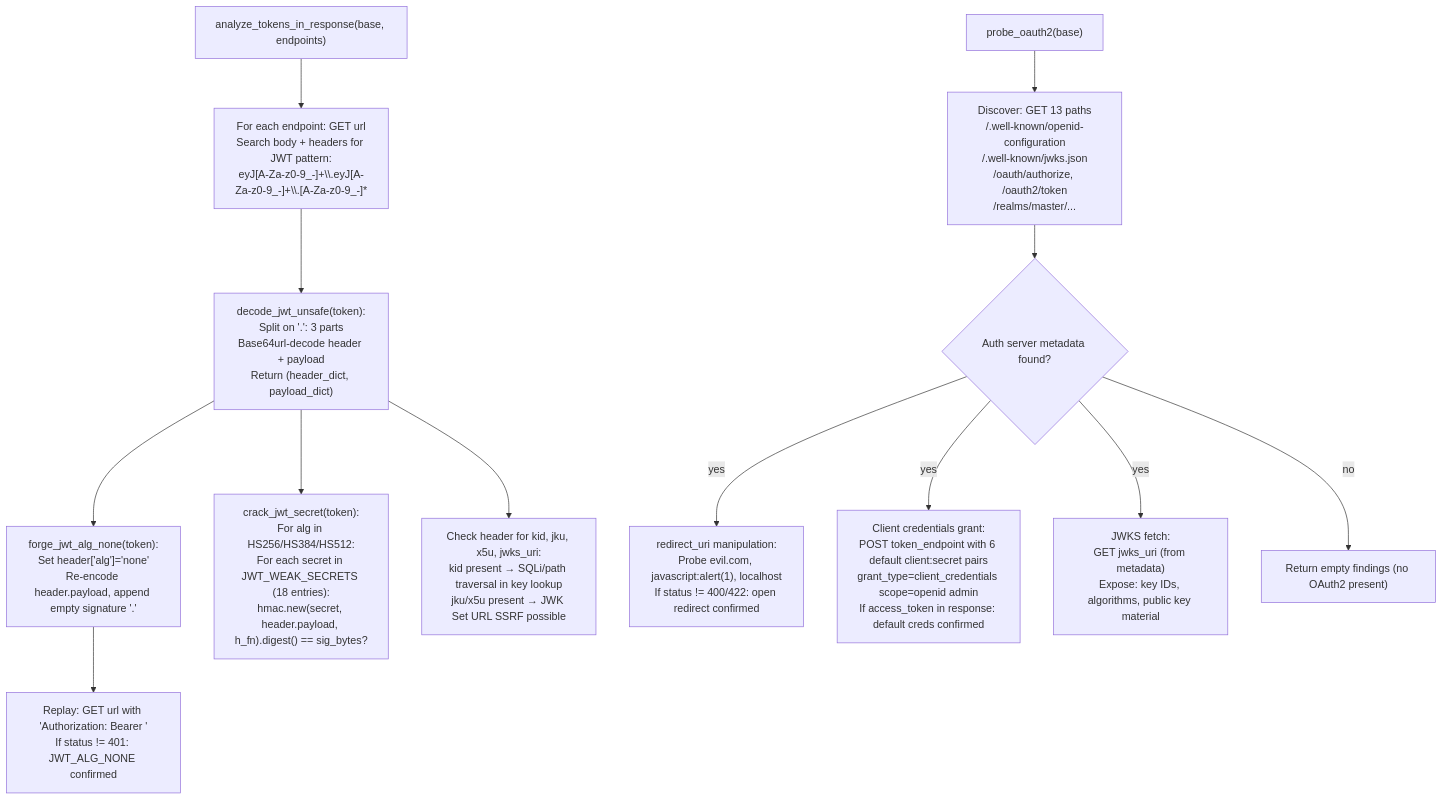
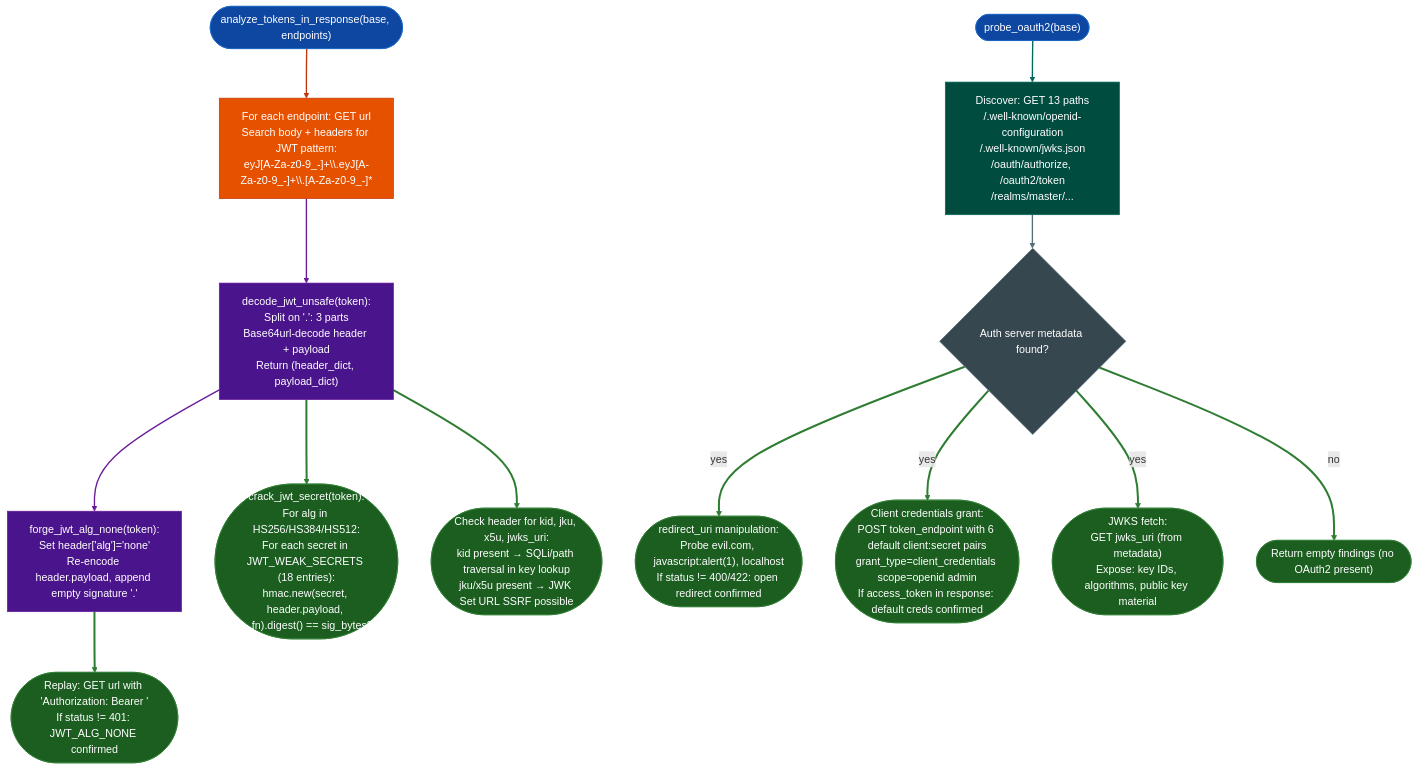
Before and after one commit to Ablation-Tool/ablation: the diagram in docs/reference-modules/api-authentication-and-token-checks.md, drawn with Mermaid. The commit also changed 320 other files, not shown here.

First line of the commit message:
docs: apply canonical Mermaid template to all 321 diagrams

````diff
--- a/docs/reference-modules/api-authentication-and-token-checks.md
+++ b/docs/reference-modules/api-authentication-and-token-checks.md
@@ -19,15 +19,33 @@
 ```mermaid
 flowchart TD
-    A["analyze_tokens_in_response(base, endpoints)"] --> B["For each endpoint: GET url\nSearch body + headers for JWT pattern:\neyJ[A-Za-z0-9_-]+\\.eyJ[A-Za-z0-9_-]+\\.[A-Za-z0-9_-]*"]
-    B --> C["decode_jwt_unsafe(token):\nSplit on '.': 3 parts\nBase64url-decode header + payload\nReturn (header_dict, payload_dict)"]
-    C --> D["forge_jwt_alg_none(token):\nSet header['alg']='none'\nRe-encode header.payload, append empty signature '.'"]
-    D --> E["Replay: GET url with 'Authorization: Bearer <forged>'\nIf status != 401: JWT_ALG_NONE confirmed"]
-    C --> F["crack_jwt_secret(token):\nFor alg in HS256/HS384/HS512:\nFor each secret in JWT_WEAK_SECRETS (18 entries):\nhmac.new(secret, header.payload, h_fn).digest() == sig_bytes?"]
-    C --> G["Check header for kid, jku, x5u, jwks_uri:\nkid present → SQLi/path traversal in key lookup\njku/x5u present → JWK Set URL SSRF possible"]
-    H["probe_oauth2(base)"] --> I["Discover: GET 13 paths\n/.well-known/openid-configuration\n/.well-known/jwks.json\n/oauth/authorize, /oauth2/token\n/realms/master/..."]
-    I --> J{Auth server metadata found?}
-    J -->|yes| K["redirect_uri manipulation:\nProbe evil.com, javascript:alert(1), localhost\nIf status != 400/422: open redirect confirmed"]
-    J -->|yes| L["Client credentials grant:\nPOST token_endpoint with 6 default client:secret pairs\ngrant_type=client_credentials scope=openid admin\nIf access_token in response: default creds confirmed"]
-    J -->|yes| M["JWKS fetch:\nGET jwks_uri (from metadata)\nExpose: key IDs, algorithms, public key material"]
-    J -->|no| N["Return empty findings (no OAuth2 present)"]
+    A(["analyze_tokens_in_response(base, endpoints)"]):::input --> B["For each endpoint: GET url\nSearch body + headers for JWT pattern:\neyJ[A-Za-z0-9_-]+\\.eyJ[A-Za-z0-9_-]+\\.[A-Za-z0-9_-]*"]:::primary
+    B:::primary --> C["decode_jwt_unsafe(token):\nSplit on '.': 3 parts\nBase64url-decode header + payload\nReturn (header_dict, payload_dict)"]:::tertiary
+    C:::tertiary --> D["forge_jwt_alg_none(token):\nSet header['alg']='none'\nRe-encode header.payload, append empty signature '.'"]:::tertiary
+    D:::tertiary --> E(["Replay: GET url with 'Authorization: Bearer <forged>'\nIf status != 401: JWT_ALG_NONE confirmed"]):::output
+    C:::tertiary --> F(["crack_jwt_secret(token):\nFor alg in HS256/HS384/HS512:\nFor each secret in JWT_WEAK_SECRETS (18 entries):\nhmac.new(secret, header.payload, h_fn).digest() == sig_bytes?"]):::output
+    C:::tertiary --> G(["Check header for kid, jku, x5u, jwks_uri:\nkid present → SQLi/path traversal in key lookup\njku/x5u present → JWK Set URL SSRF possible"]):::output
+    H(["probe_oauth2(base)"]):::input --> I["Discover: GET 13 paths\n/.well-known/openid-configuration\n/.well-known/jwks.json\n/oauth/authorize, /oauth2/token\n/realms/master/..."]:::secondary
+    I:::secondary --> J{"Auth server metadata found?"}:::neutral
+    J:::neutral -->|yes| K(["redirect_uri manipulation:\nProbe evil.com, javascript:alert(1), localhost\nIf status != 400/422: open redirect confirmed"]):::output
+    J:::neutral -->|yes| L(["Client credentials grant:\nPOST token_endpoint with 6 default client:secret pairs\ngrant_type=client_credentials scope=openid admin\nIf access_token in response: default creds confirmed"]):::output
+    J:::neutral -->|yes| M(["JWKS fetch:\nGET jwks_uri (from metadata)\nExpose: key IDs, algorithms, public key material"]):::output
+    J:::neutral -->|no| N(["Return empty findings (no OAuth2 present)"]):::output
+    classDef input     fill:#0d47a1,stroke:#1565c0,color:#fff
+    classDef primary   fill:#e65100,stroke:#bf360c,color:#fff
+    classDef secondary fill:#004d40,stroke:#00695c,color:#fff
+    classDef tertiary  fill:#4a148c,stroke:#6a1b9a,color:#fff
+    classDef neutral   fill:#37474f,stroke:#546e7a,color:#fff
+    classDef output    fill:#1b5e20,stroke:#2e7d32,color:#fff
+    linkStyle 0 stroke:#bf360c,stroke-width:2px
+    linkStyle 1 stroke:#6a1b9a,stroke-width:2px
+    linkStyle 2 stroke:#6a1b9a,stroke-width:2px
+    linkStyle 3 stroke:#2e7d32,stroke-width:3px
+    linkStyle 4 stroke:#2e7d32,stroke-width:3px
+    linkStyle 5 stroke:#2e7d32,stroke-width:3px
+    linkStyle 6 stroke:#00695c,stroke-width:2px
+    linkStyle 7 stroke:#546e7a,stroke-width:2px
+    linkStyle 8 stroke:#2e7d32,stroke-width:3px
+    linkStyle 9 stroke:#2e7d32,stroke-width:3px
+    linkStyle 10 stroke:#2e7d32,stroke-width:3px
+    linkStyle 11 stroke:#2e7d32,stroke-width:3px
 ```
````
